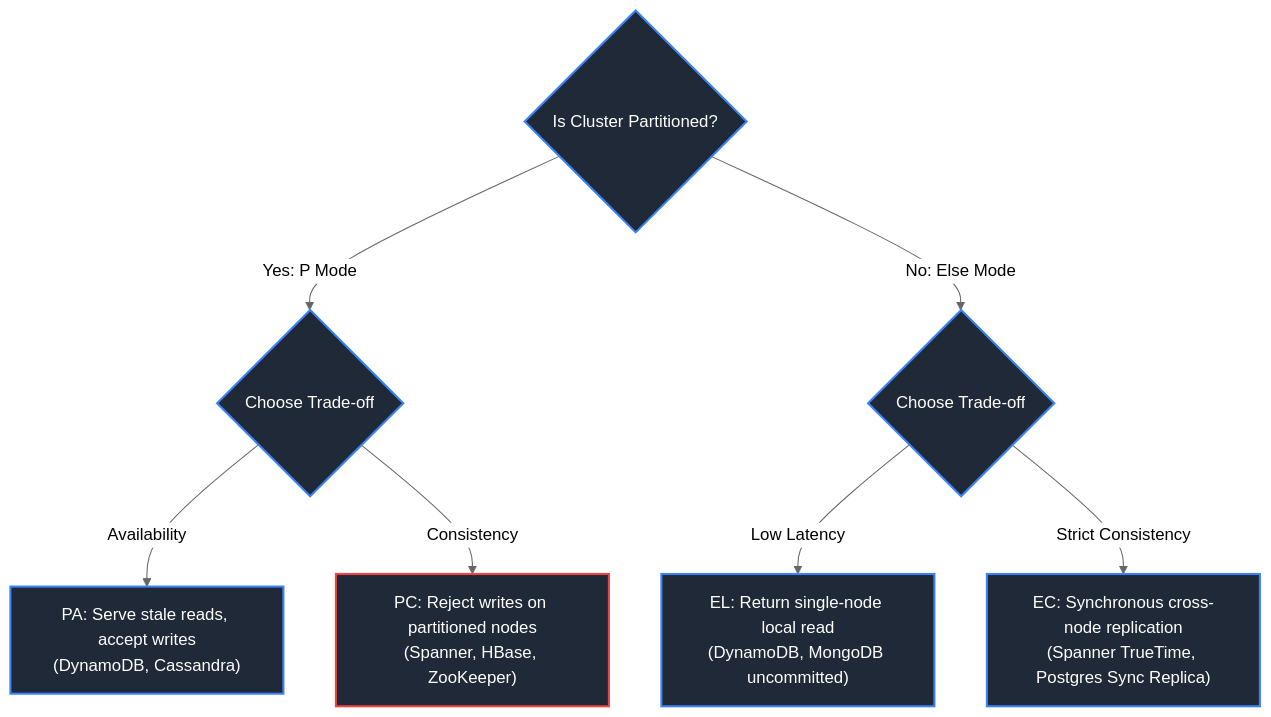
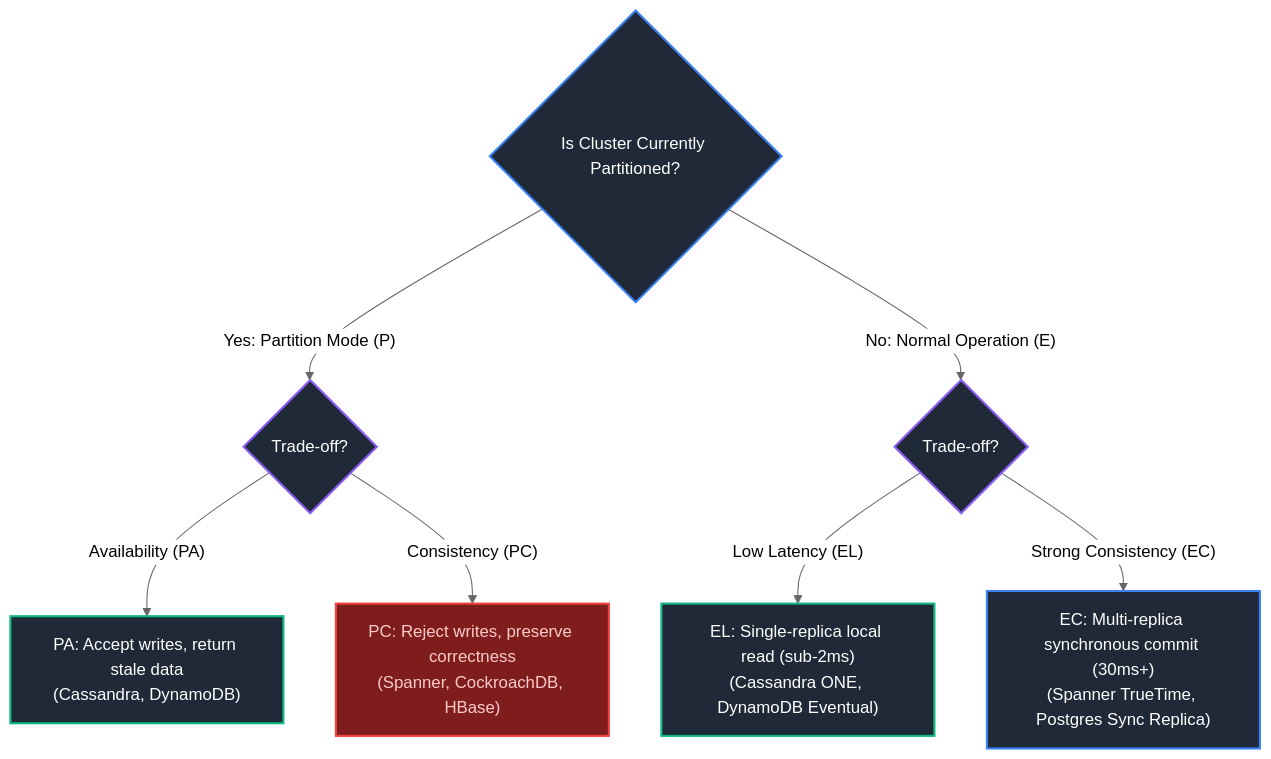
The fourth of 19 diagrams in Data Engineering/05_distributed_systems_and_apis.md (joydeep-biswas/Interview-Preparation), drawn with Mermaid (neutral theme) before and after one commit. The commit also changed other lines of this file and 143 other files, not shown here.

````diff
--- a/Data Engineering/05_distributed_systems_and_apis.md
+++ b/Data Engineering/05_distributed_systems_and_apis.md
@@ -192,19 +317,20 @@
 ```mermaid
 flowchart TD
-    State{Is Cluster Partitioned?}
-    State -- Yes: P Mode --> CAPChoice{Choose Trade-off}
-    CAPChoice -- Availability --> PA["PA: Serve stale reads, accept writes\n(DynamoDB, Cassandra)"]
-    CAPChoice -- Consistency --> PC["PC: Reject writes on partitioned nodes\n(Spanner, HBase, ZooKeeper)"]
+    State{Is Cluster Currently Partitioned?}
+    
+    State -- Yes: Partition Mode (P) --> ChoiceP{Trade-off?}
+    ChoiceP -- Availability (PA) --> PA_Node["PA: Accept writes, return stale data<br/>(Cassandra, DynamoDB)"]
+    ChoiceP -- Consistency (PC) --> PC_Node["PC: Reject writes, preserve correctness<br/>(Spanner, CockroachDB, HBase)"]
 
-    State -- No: Else Mode --> NormalChoice{Choose Trade-off}
-    NormalChoice -- Low Latency --> EL["EL: Return single-node local read\n(DynamoDB, MongoDB uncommitted)"]
-    NormalChoice -- Strict Consistency --> EC["EC: Synchronous cross-node replication\n(Spanner TrueTime, Postgres Sync Replica)"]
+    State -- No: Normal Operation (E) --> ChoiceE{Trade-off?}
+    ChoiceE -- Low Latency (EL) --> EL_Node["EL: Single-replica local read (sub-2ms)<br/>(Cassandra ONE, DynamoDB Eventual)"]
+    ChoiceE -- Strong Consistency (EC) --> EC_Node["EC: Multi-replica synchronous commit (30ms+)<br/>(Spanner TrueTime, Postgres Sync Replica)"]
 
     style State fill:#1f2937,stroke:#3b82f6,stroke-width:2px,color:#fff
-    style CAPChoice fill:#1f2937,stroke:#3b82f6,stroke-width:2px,color:#fff
-    style PA fill:#1f2937,stroke:#3b82f6,stroke-width:2px,color:#fff
-    style PC fill:#1f2937,stroke:#ef4444,stroke-width:2px,color:#fff
-    style NormalChoice fill:#1f2937,stroke:#3b82f6,stroke-width:2px,color:#fff
-    style EL fill:#1f2937,stroke:#3b82f6,stroke-width:2px,color:#fff
-    style EC fill:#1f2937,stroke:#3b82f6,stroke-width:2px,color:#fff
+    style ChoiceP fill:#1f2937,stroke:#8b5cf6,stroke-width:2px,color:#fff
+    style ChoiceE fill:#1f2937,stroke:#8b5cf6,stroke-width:2px,color:#fff
+    style PA_Node fill:#1f2937,stroke:#10b981,stroke-width:2px,color:#fff
+    style PC_Node fill:#7f1d1d,stroke:#ef4444,stroke-width:2px,color:#fecaca
+    style EL_Node fill:#1f2937,stroke:#10b981,stroke-width:2px,color:#fff
+    style EC_Node fill:#1f2937,stroke:#3b82f6,stroke-width:2px,color:#fff
 ```
````
